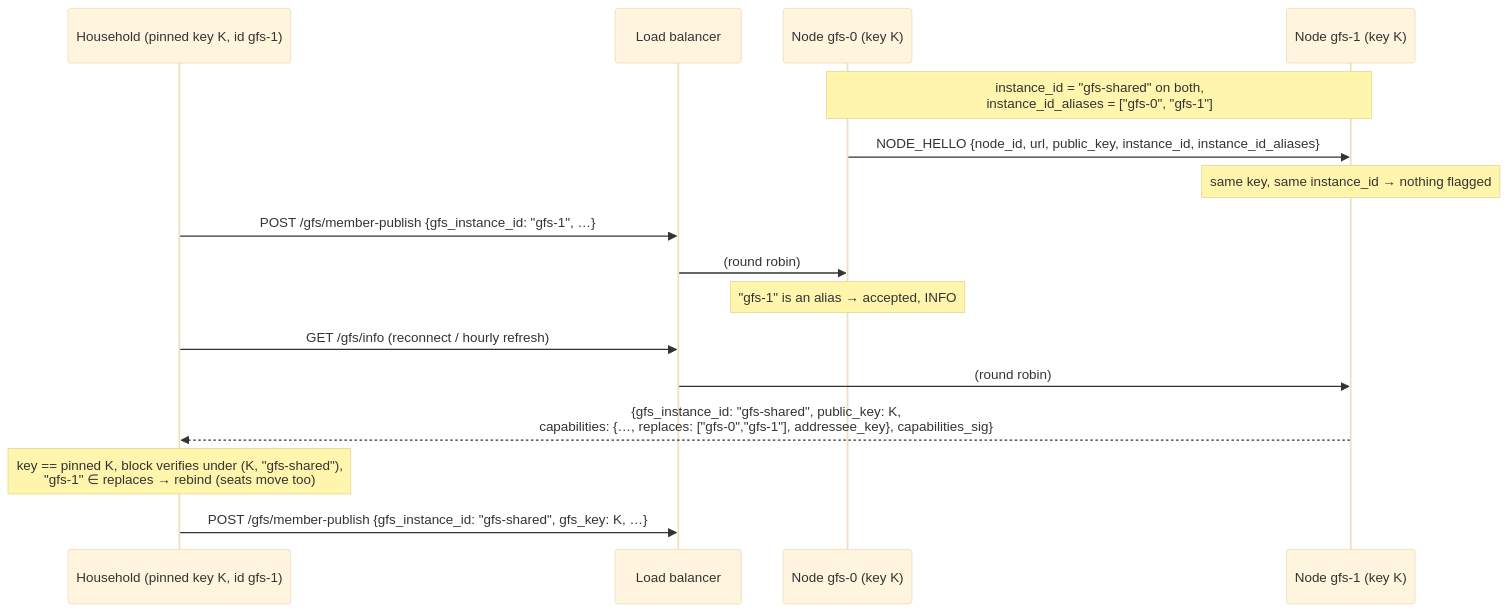
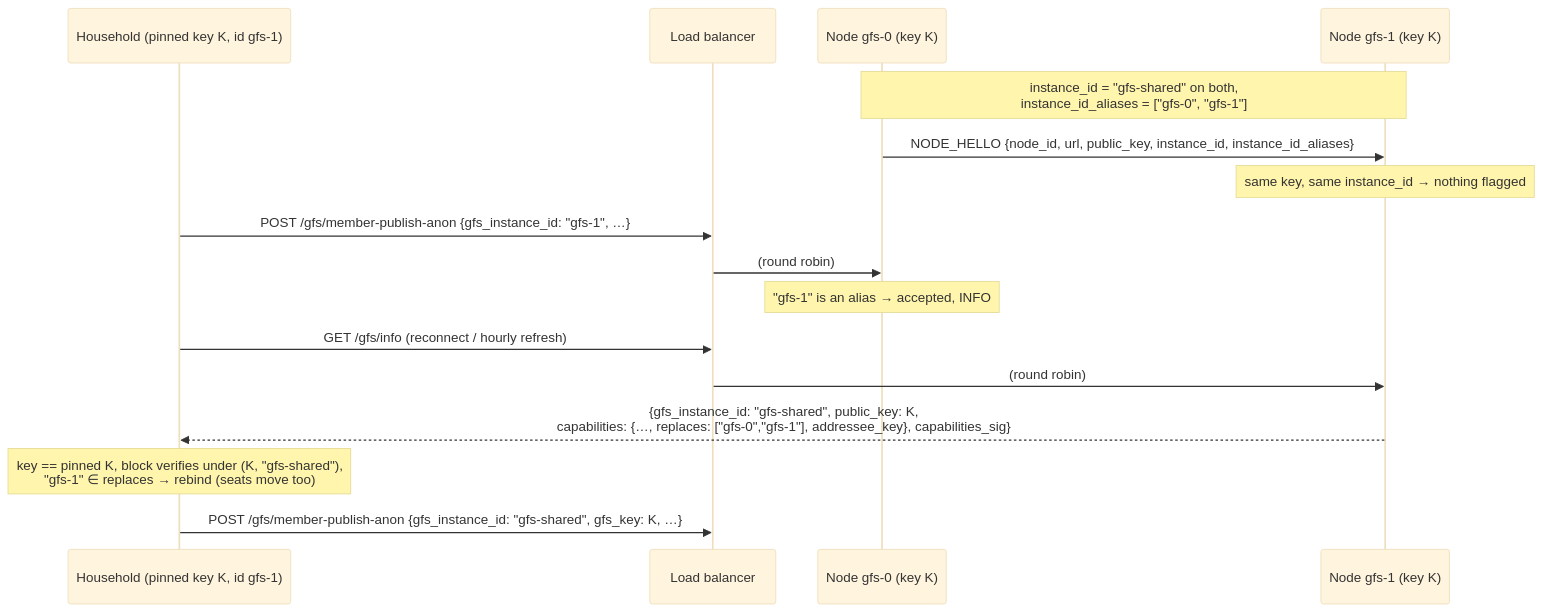
Before and after one commit to social-home-io/socialhome: the first of 15 diagrams in docs/protocol/discovery.md, drawn with Mermaid (base theme). The commit also changed other lines of this file and 52 other files, not shown here.

First line of the commit message:
Drop the GFS publish-mode toggle; tests and docs for one anonymous mode

````diff
--- a/docs/protocol/discovery.md
+++ b/docs/protocol/discovery.md
@@ -565,18 +565,18 @@
 ```mermaid
 sequenceDiagram
     participant H as Household (pinned key K, id gfs-1)
     participant LB as Load balancer
     participant N0 as Node gfs-0 (key K)
     participant N1 as Node gfs-1 (key K)
     Note over N0,N1: instance_id = "gfs-shared" on both,<br/>instance_id_aliases = ["gfs-0", "gfs-1"]
     N0->>N1: NODE_HELLO {node_id, url, public_key, instance_id, instance_id_aliases}
     Note over N1: same key, same instance_id → nothing flagged
-    H->>LB: POST /gfs/member-publish {gfs_instance_id: "gfs-1", …}
+    H->>LB: POST /gfs/member-publish-anon {gfs_instance_id: "gfs-1", …}
     LB->>N0: (round robin)
     Note over N0: "gfs-1" is an alias → accepted, INFO
     H->>LB: GET /gfs/info (reconnect / hourly refresh)
     LB->>N1: (round robin)
     N1-->>H: {gfs_instance_id: "gfs-shared", public_key: K,<br/>capabilities: {…, replaces: ["gfs-0","gfs-1"], addressee_key}, capabilities_sig}
     Note over H: key == pinned K, block verifies under (K, "gfs-shared"),<br/>"gfs-1" ∈ replaces → rebind (seats move too)
-    H->>LB: POST /gfs/member-publish {gfs_instance_id: "gfs-shared", gfs_key: K, …}
+    H->>LB: POST /gfs/member-publish-anon {gfs_instance_id: "gfs-shared", gfs_key: K, …}
 ```
````
